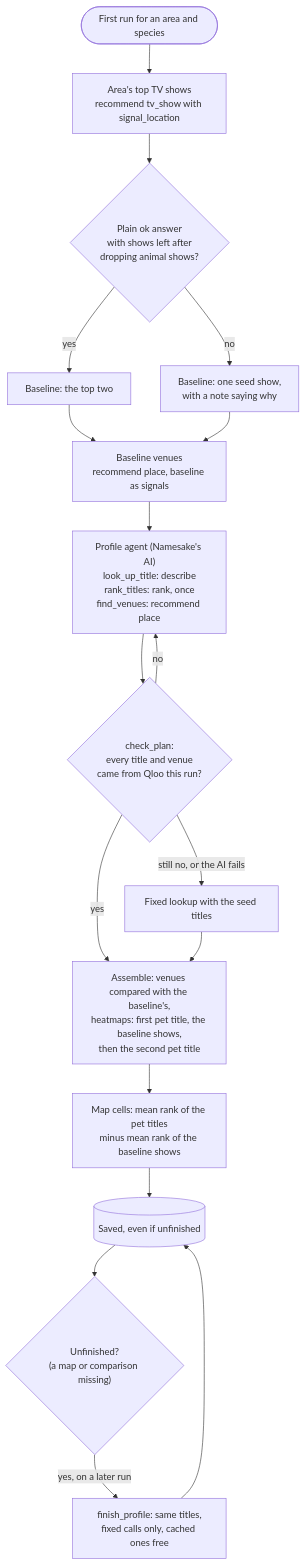
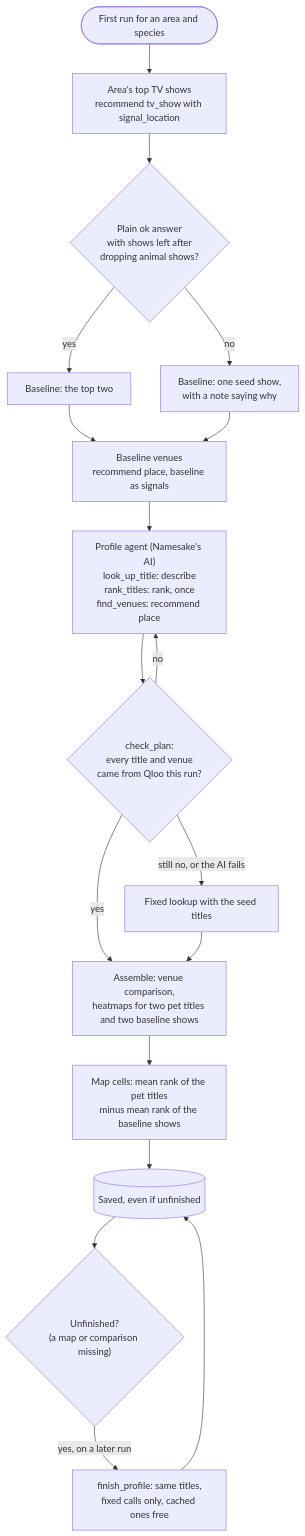
One commit to bsabau/namesake changed the third of 5 diagrams in docs/architecture.md. Above: the diagram before and after it, drawn with Mermaid. The commit also changed other lines of this file, not shown here.

First line of the commit message:
Architecture doc: who decides what, and the reviewers' corrections

````diff
--- a/docs/architecture.md
+++ b/docs/architecture.md
@@ -89,20 +118,20 @@
 ```mermaid
 flowchart TD
     start(["First run for an area and species"]) --> tastes["Area's top TV shows<br/>recommend tv_show with signal_location"]
     tastes --> usable{"Plain ok answer<br/>with shows left after<br/>dropping animal shows?"}
     usable -- yes --> base["Baseline: the top two"]
     usable -- no --> seed["Baseline: one seed show,<br/>with a note saying why"]
     base --> basevenues["Baseline venues<br/>recommend place, baseline as signals"]
     seed --> basevenues
     basevenues --> ai["Profile agent (Namesake's AI)<br/>look_up_title: describe<br/>rank_titles: rank, once<br/>find_venues: recommend place"]
     ai --> check{"check_plan:<br/>every title and venue<br/>came from Qloo this run?"}
     check -- no --> ai
     check -- "still no, or the AI fails" --> fixed["Fixed lookup with the seed titles"]
     check -- yes --> assemble
-    fixed --> assemble["Assemble: venues compared with the baseline's,<br/>heatmaps: first pet title, the baseline shows,<br/>then the second pet title"]
+    fixed --> assemble["Assemble: venue comparison,<br/>heatmaps for two pet titles and two baseline shows"]
     assemble --> lift["Map cells: mean rank of the pet titles<br/>minus mean rank of the baseline shows"]
     lift --> save[("Saved, even if unfinished")]
     save --> later{"Unfinished?<br/>(a map or comparison missing)"}
     later -- "yes, on a later run" --> finish["finish_profile: same titles,<br/>fixed calls only, cached ones free"]
     finish --> save
 ```
````
